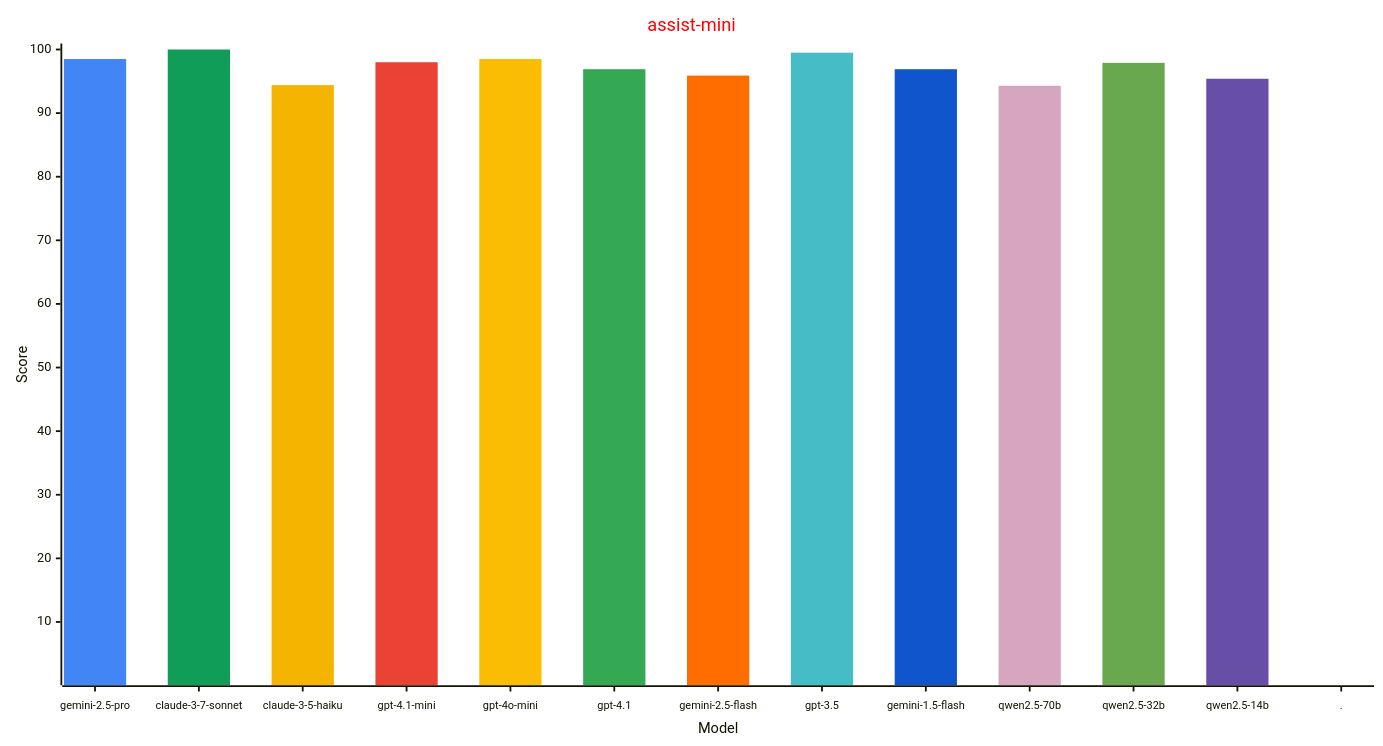
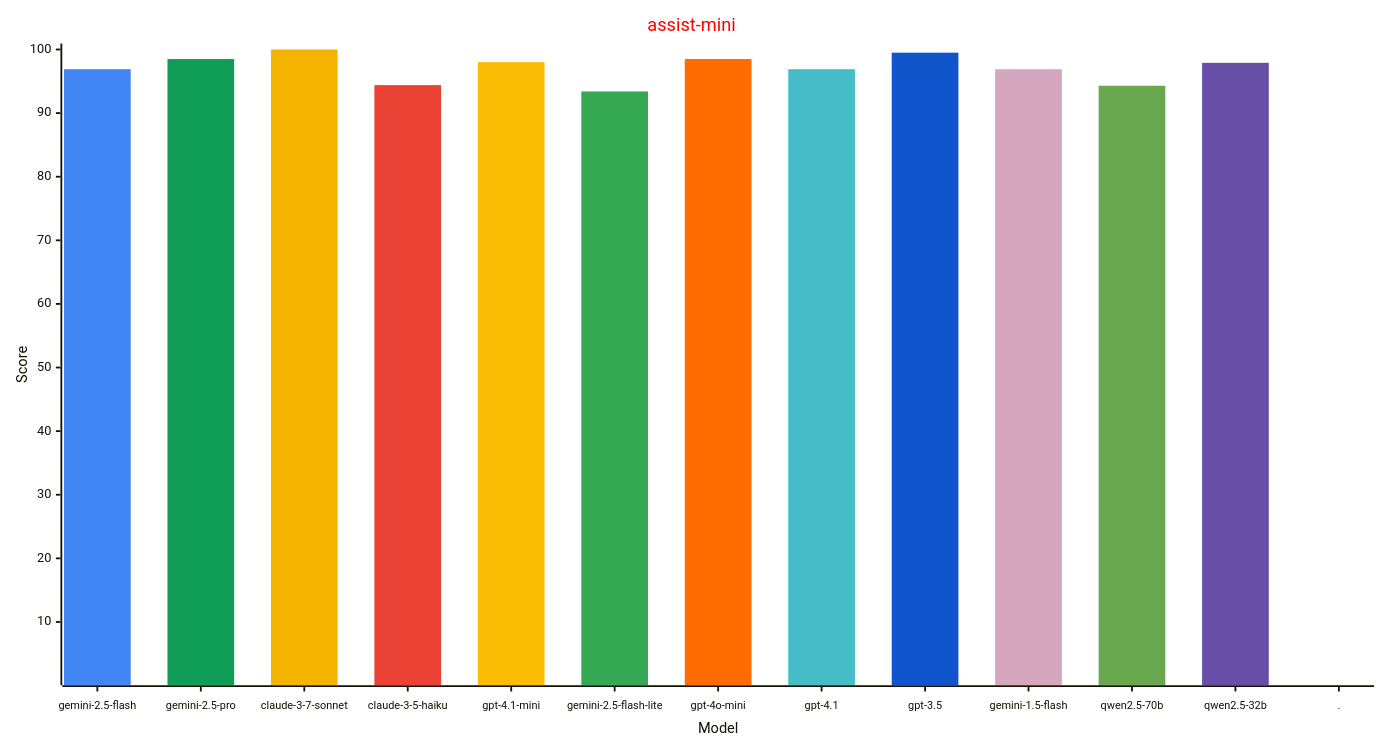
Before and after one commit to allenporter/home-assistant-datasets: the second of 4 diagrams in reports/README.md, drawn with Mermaid. The commit also changed other lines of this file, not shown here.

````diff
--- a/reports/README.md
+++ b/reports/README.md
@@ -106,33 +108,33 @@
 ```mermaid
 ---
 config:
     xyChart:
         width: 1500
         height: 800
         xAxis:
           labelFontSize: 12
           labelPadding: 8
     themeVariables:
         xyChart:
             titleColor: "#ff0000"
             plotColorPalette: "#4285f4, #0f9d58, #f4b400, #ea4335, #fbbc04, #34a853, #ff6d01, #46bdc6, #1155cc, #d5a6bd, #6aa84f, #674ea7, #4285f4"
 
 ---
 xychart-beta
   title "assist-mini"
-  x-axis "Model" [gemini-2.5-pro, claude-3-7-sonnet, claude-3-5-haiku, gpt-4.1-mini, gpt-4o-mini, gpt-4.1, gemini-2.5-flash, gpt-3.5, gemini-1.5-flash, qwen2.5-70b, qwen2.5-32b, qwen2.5-14b, .]
+  x-axis "Model" [gemini-2.5-flash, gemini-2.5-pro, claude-3-7-sonnet, claude-3-5-haiku, gpt-4.1-mini, gemini-2.5-flash-lite, gpt-4o-mini, gpt-4.1, gpt-3.5, gemini-1.5-flash, qwen2.5-70b, qwen2.5-32b, .]
   y-axis "Score" 1 --> 100
-  bar [98.5, 0.0, 0.0, 0.0, 0.0, 0.0, 0.0, 0.0, 0.0, 0.0, 0.0, 0.0, 0.0]
-  bar [0.0, 100.0, 0.0, 0.0, 0.0, 0.0, 0.0, 0.0, 0.0, 0.0, 0.0, 0.0, 0.0]
-  bar [0.0, 0.0, 94.4, 0.0, 0.0, 0.0, 0.0, 0.0, 0.0, 0.0, 0.0, 0.0, 0.0]
-  bar [0.0, 0.0, 0.0, 98.0, 0.0, 0.0, 0.0, 0.0, 0.0, 0.0, 0.0, 0.0, 0.0]
-  bar [0.0, 0.0, 0.0, 0.0, 98.5, 0.0, 0.0, 0.0, 0.0, 0.0, 0.0, 0.0, 0.0]
-  bar [0.0, 0.0, 0.0, 0.0, 0.0, 96.9, 0.0, 0.0, 0.0, 0.0, 0.0, 0.0, 0.0]
-  bar [0.0, 0.0, 0.0, 0.0, 0.0, 0.0, 95.9, 0.0, 0.0, 0.0, 0.0, 0.0, 0.0]
-  bar [0.0, 0.0, 0.0, 0.0, 0.0, 0.0, 0.0, 99.5, 0.0, 0.0, 0.0, 0.0, 0.0]
-  bar [0.0, 0.0, 0.0, 0.0, 0.0, 0.0, 0.0, 0.0, 96.9, 0.0, 0.0, 0.0, 0.0]
-  bar [0.0, 0.0, 0.0, 0.0, 0.0, 0.0, 0.0, 0.0, 0.0, 94.3, 0.0, 0.0, 0.0]
-  bar [0.0, 0.0, 0.0, 0.0, 0.0, 0.0, 0.0, 0.0, 0.0, 0.0, 97.9, 0.0, 0.0]
-  bar [0.0, 0.0, 0.0, 0.0, 0.0, 0.0, 0.0, 0.0, 0.0, 0.0, 0.0, 95.4, 0.0]
+  bar [96.9, 0.0, 0.0, 0.0, 0.0, 0.0, 0.0, 0.0, 0.0, 0.0, 0.0, 0.0, 0.0]
+  bar [0.0, 98.5, 0.0, 0.0, 0.0, 0.0, 0.0, 0.0, 0.0, 0.0, 0.0, 0.0, 0.0]
+  bar [0.0, 0.0, 100.0, 0.0, 0.0, 0.0, 0.0, 0.0, 0.0, 0.0, 0.0, 0.0, 0.0]
+  bar [0.0, 0.0, 0.0, 94.4, 0.0, 0.0, 0.0, 0.0, 0.0, 0.0, 0.0, 0.0, 0.0]
+  bar [0.0, 0.0, 0.0, 0.0, 98.0, 0.0, 0.0, 0.0, 0.0, 0.0, 0.0, 0.0, 0.0]
+  bar [0.0, 0.0, 0.0, 0.0, 0.0, 93.4, 0.0, 0.0, 0.0, 0.0, 0.0, 0.0, 0.0]
+  bar [0.0, 0.0, 0.0, 0.0, 0.0, 0.0, 98.5, 0.0, 0.0, 0.0, 0.0, 0.0, 0.0]
+  bar [0.0, 0.0, 0.0, 0.0, 0.0, 0.0, 0.0, 96.9, 0.0, 0.0, 0.0, 0.0, 0.0]
+  bar [0.0, 0.0, 0.0, 0.0, 0.0, 0.0, 0.0, 0.0, 99.5, 0.0, 0.0, 0.0, 0.0]
+  bar [0.0, 0.0, 0.0, 0.0, 0.0, 0.0, 0.0, 0.0, 0.0, 96.9, 0.0, 0.0, 0.0]
+  bar [0.0, 0.0, 0.0, 0.0, 0.0, 0.0, 0.0, 0.0, 0.0, 0.0, 94.3, 0.0, 0.0]
+  bar [0.0, 0.0, 0.0, 0.0, 0.0, 0.0, 0.0, 0.0, 0.0, 0.0, 0.0, 97.9, 0.0]
   bar [0.0, 0.0, 0.0, 0.0, 0.0, 0.0, 0.0, 0.0, 0.0, 0.0, 0.0, 0.0, -1.0]
 ```
````
